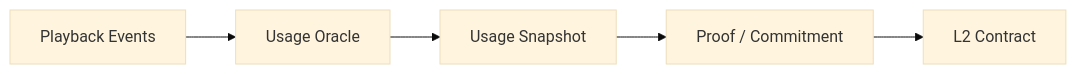
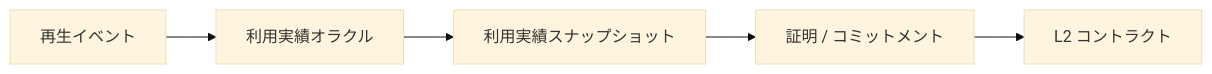
Before and after one commit to ShigeichiroYamasaki/creator-first-platform: the third of 4 diagrams in docs/adr/ADR-0007-blockchain-l2-strategy.md, drawn with Mermaid (base theme). The commit also changed other lines of this file and 72 other files, not shown here.

````diff
--- a/docs/adr/ADR-0007-blockchain-l2-strategy.md
+++ b/docs/adr/ADR-0007-blockchain-l2-strategy.md
@@ -332,10 +332,10 @@
 ```mermaid
 flowchart LR
-    EVENTS[Playback Events]
-    ORACLE[Usage Oracle]
-    SNAP[Usage Snapshot]
-    PROOF[Proof / Commitment]
-    L2[L2 Contract]
+    EVENTS[再生イベント]
+    ORACLE[利用実績オラクル]
+    SNAP[利用実績スナップショット]
+    PROOF[証明 / コミットメント]
+    L2[L2 コントラクト]
 
     EVENTS --> ORACLE --> SNAP --> PROOF --> L2
 ```
````
